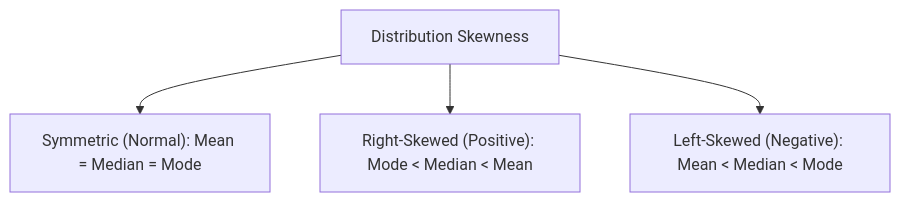
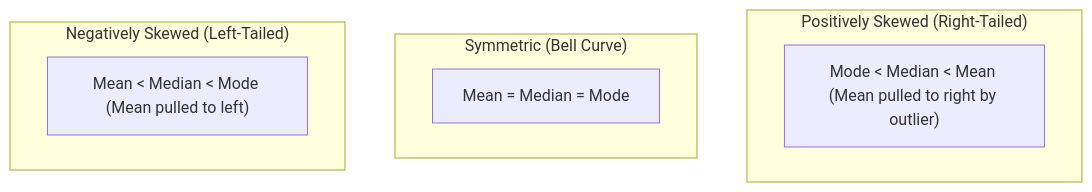
One commit to S1h2i3v4a/AI_ML changed the diagram in lecture_20/Notes_20.15/README.md. Above: the diagram before and after it, drawn with Mermaid. The commit also changed other lines of this file and 203 other files, not shown here.

Commit message:
docs(lectures 19-21): align notes with video lectures, add blackboard diagrams, clean structured functions, and compile vector PDFs

````diff
--- a/lecture_20/Notes_20.15/README.md
+++ b/lecture_20/Notes_20.15/README.md
@@ -65,6 +10,12 @@
 ```mermaid
 flowchart TD
-    A["Distribution Skewness"] --> B["Symmetric (Normal): Mean = Median = Mode"]
-    A --> C["Right-Skewed (Positive): Mode < Median < Mean"]
-    A --> D["Left-Skewed (Negative): Mean < Median < Mode"]
+    subgraph PosSkew["Positively Skewed (Right-Tailed)"]
+        Mode1["Mode < Median < Mean (Mean pulled to right by outlier)"]
+    end
+    subgraph Symm["Symmetric (Bell Curve)"]
+        SymmEq["Mean = Median = Mode"]
+    end
+    subgraph NegSkew["Negatively Skewed (Left-Tailed)"]
+        Mode2["Mean < Median < Mode (Mean pulled to left)"]
+    end
 ```
````
